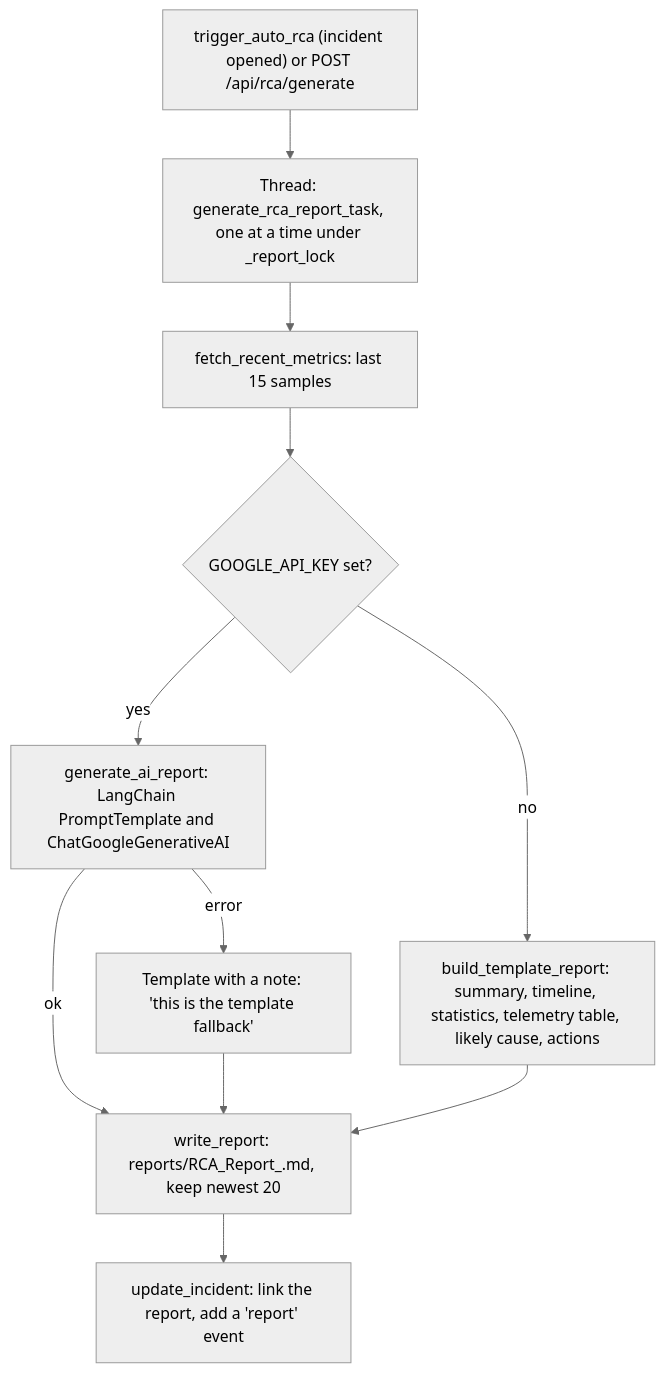
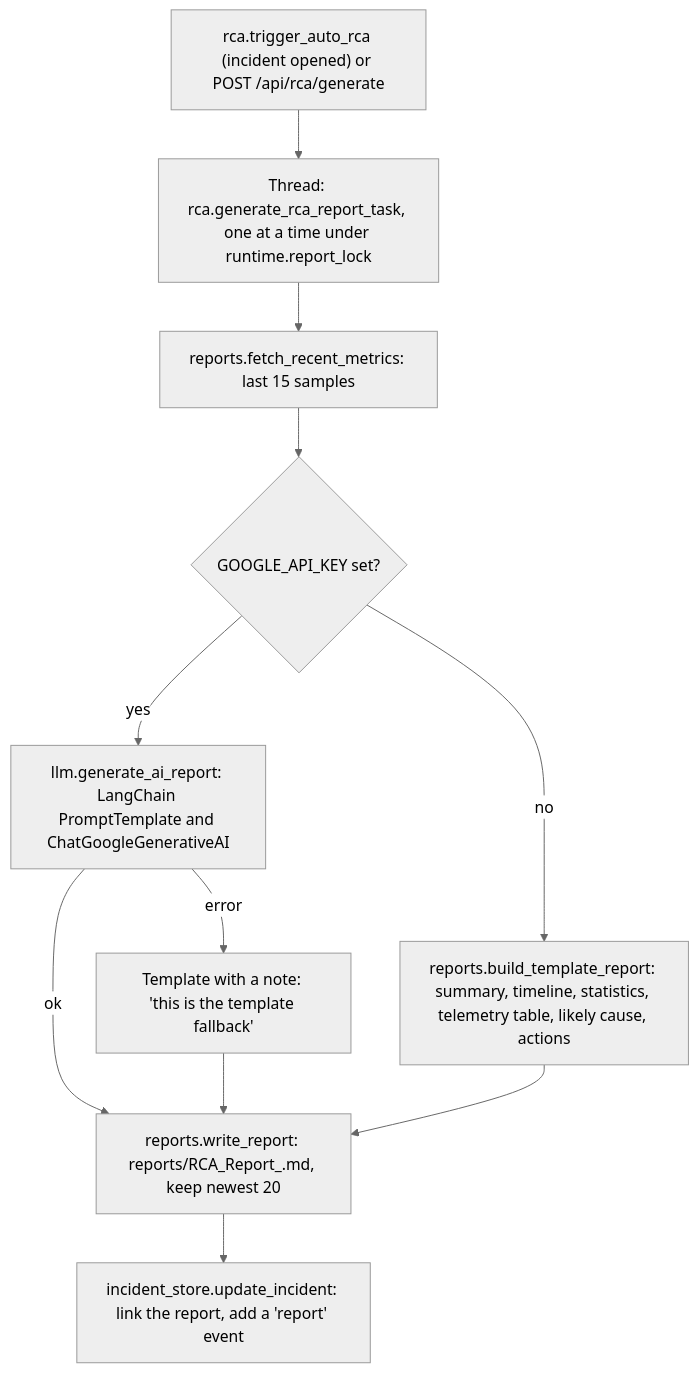
Before and after one commit to vishnuatgit/DeepBell: the tenth of 11 diagrams in docs/process-flows.md, drawn with Mermaid (neutral theme). The commit also changed other lines of this file and 37 other files, not shown here.

````diff
--- a/docs/process-flows.md
+++ b/docs/process-flows.md
@@ -310,13 +310,13 @@
 ```mermaid
 flowchart TD
-    A["trigger_auto_rca (incident opened) or POST /api/rca/generate"] --> B[Thread: generate_rca_report_task, one at a time under _report_lock]
-    B --> C[fetch_recent_metrics: last 15 samples]
+    A["rca.trigger_auto_rca (incident opened) or POST /api/rca/generate"] --> B[Thread: rca.generate_rca_report_task, one at a time under runtime.report_lock]
+    B --> C[reports.fetch_recent_metrics: last 15 samples]
     C --> D{GOOGLE_API_KEY set?}
-    D -- yes --> E[generate_ai_report: LangChain PromptTemplate and ChatGoogleGenerativeAI]
+    D -- yes --> E[llm.generate_ai_report: LangChain PromptTemplate and ChatGoogleGenerativeAI]
     E -- error --> F[Template with a note: 'this is the template fallback']
-    D -- no --> G["build_template_report: summary, timeline, statistics, telemetry table, likely cause, actions"]
+    D -- no --> G["reports.build_template_report: summary, timeline, statistics, telemetry table, likely cause, actions"]
     E -- ok --> W
     F --> W
-    G --> W["write_report: reports/RCA_Report_<UTC>.md, keep newest 20"]
-    W --> U["update_incident: link the report, add a 'report' event"]
+    G --> W["reports.write_report: reports/RCA_Report_<UTC>.md, keep newest 20"]
+    W --> U["incident_store.update_incident: link the report, add a 'report' event"]
 ```
````
